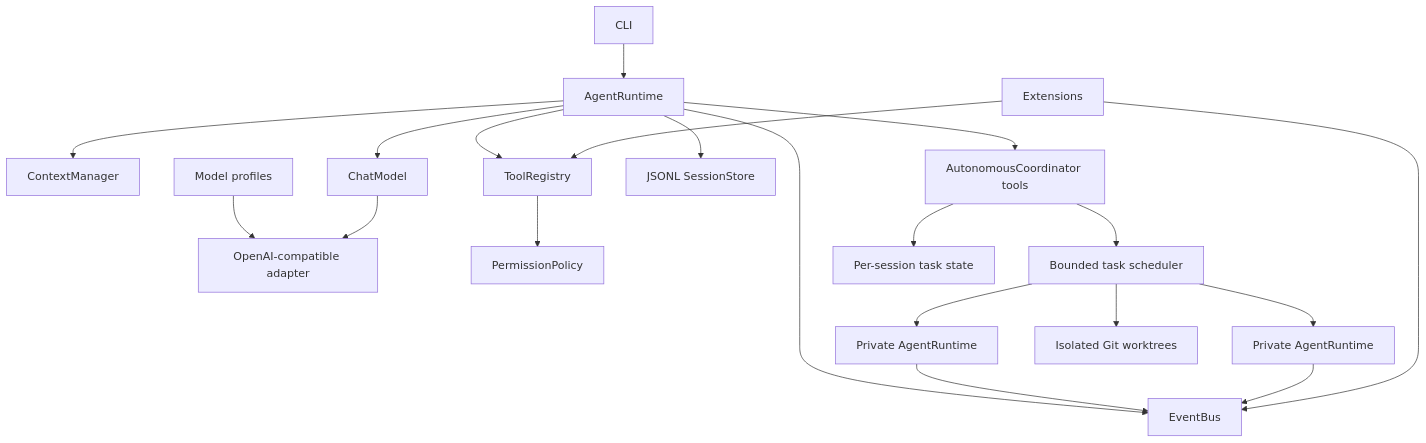
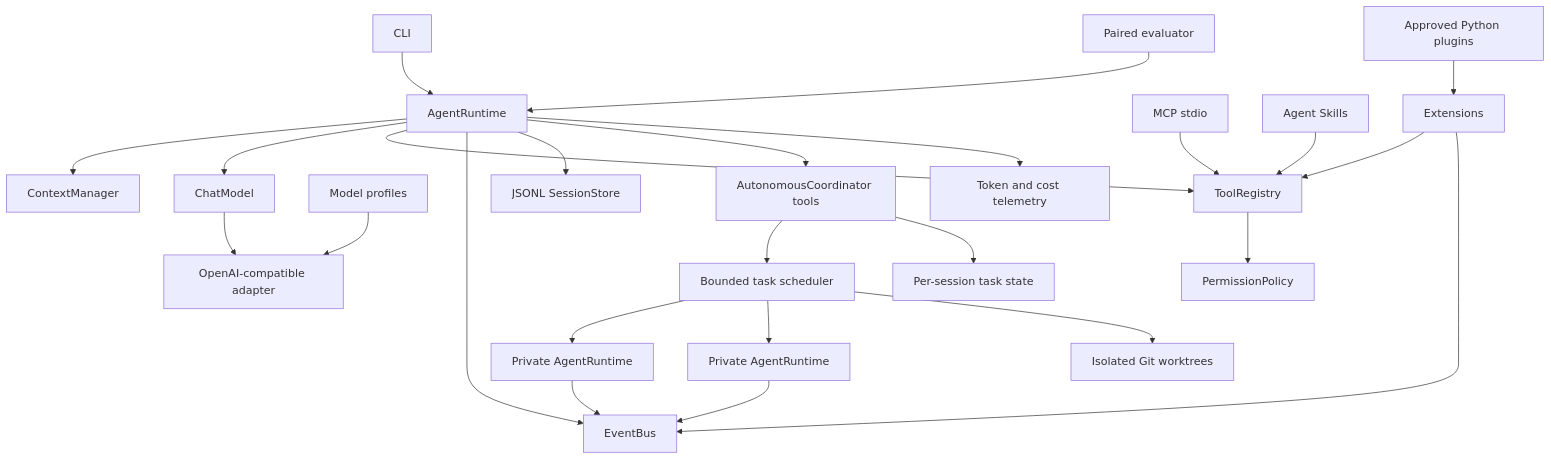
The diagram in docs/architecture.md (hajimi1214/AgentDU), drawn with Mermaid before and after one commit. The commit also changed other lines of this file and 24 other files, not shown here.

Commit message:
feat: productize AgentDU V0.6 runtime

````diff
--- a/docs/architecture.md
+++ b/docs/architecture.md
@@ -5,22 +5,27 @@
 ```mermaid
 flowchart TD
     CLI[CLI] --> Runtime[AgentRuntime]
     Runtime --> Context[ContextManager]
     Runtime --> Model[ChatModel]
     Settings[Model profiles] --> Provider[OpenAI-compatible adapter]
     Model --> Provider
     Runtime --> Tools[ToolRegistry]
     Tools --> Policy[PermissionPolicy]
     Runtime --> Events[EventBus]
     Runtime --> Store[JSONL SessionStore]
     Runtime --> Orchestrator[AutonomousCoordinator tools]
     Orchestrator --> Scheduler[Bounded task scheduler]
     Scheduler --> WorkerA[Private AgentRuntime]
     Scheduler --> WorkerB[Private AgentRuntime]
     Orchestrator --> TaskState[Per-session task state]
     Scheduler --> Git[Isolated Git worktrees]
     WorkerA --> Events
     WorkerB --> Events
-    Extensions[Extensions] --> Tools
+    MCP[MCP stdio] --> Tools
+    Skills[Agent Skills] --> Tools
+    Plugins[Approved Python plugins] --> Extensions
+    Extensions --> Tools
     Extensions --> Events
+    Runtime --> Usage[Token and cost telemetry]
+    Eval[Paired evaluator] --> Runtime
 ```
````
